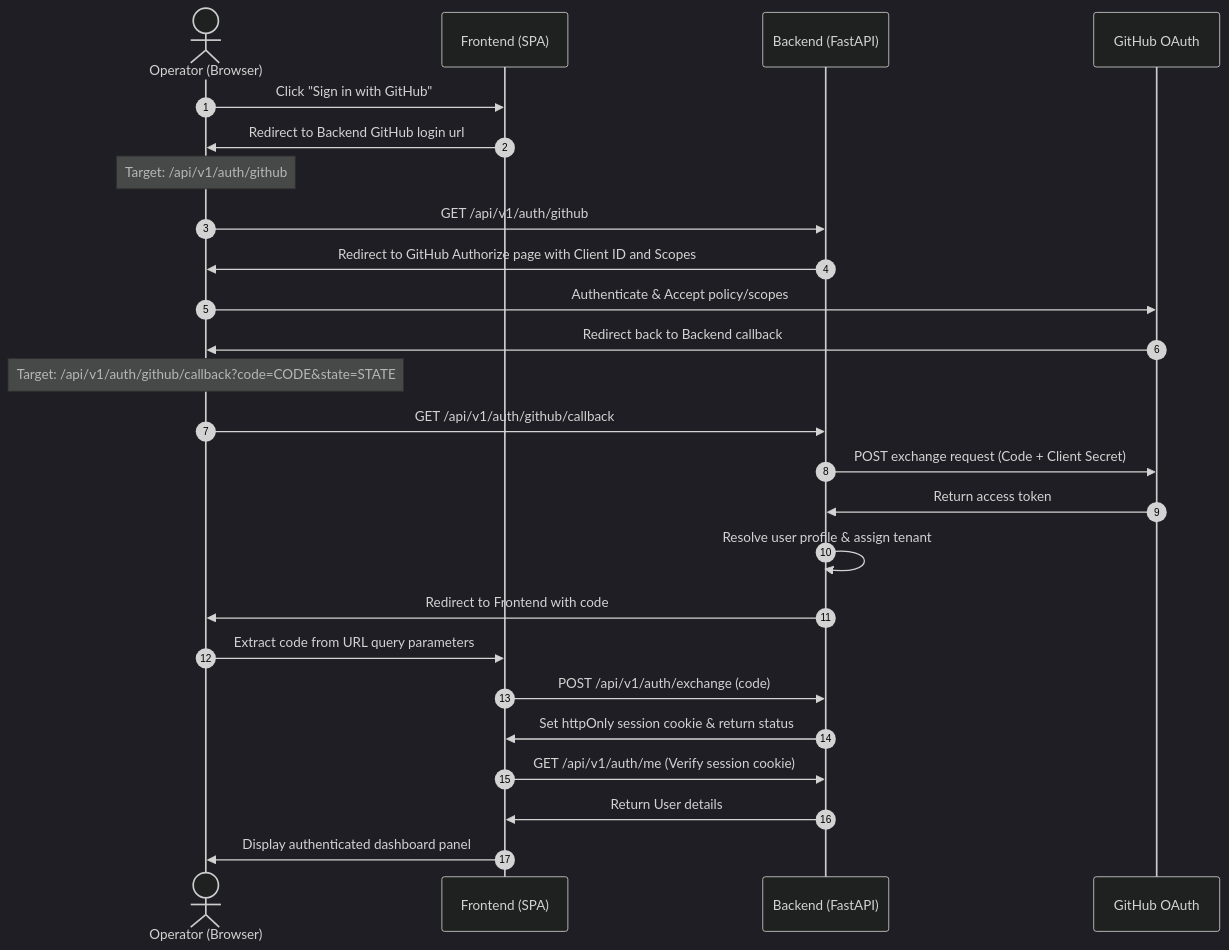
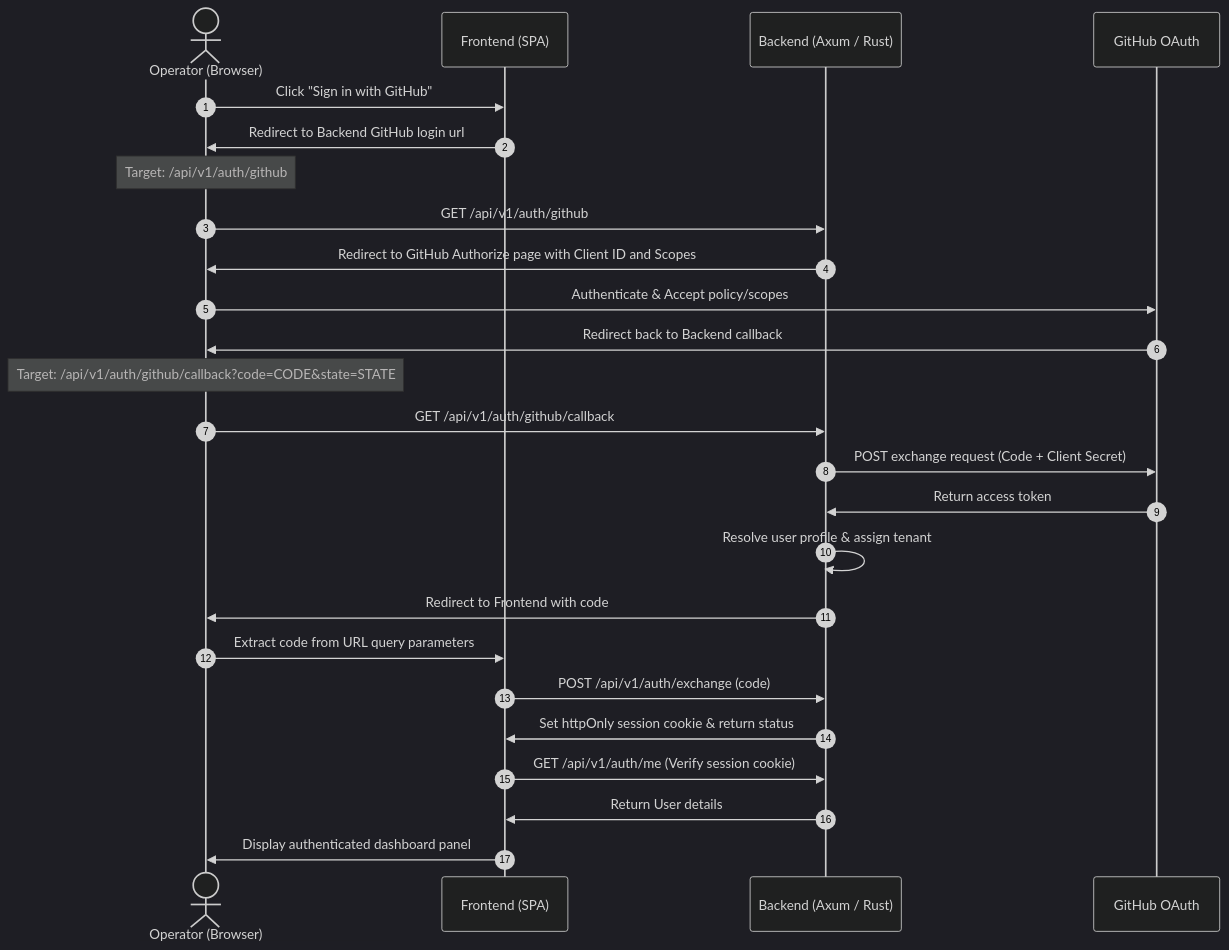
Before and after one commit to johan-droid/Fire-Crow-: the diagram in GITHUB_AUTH.md, drawn with Mermaid (dark theme). The commit also changed other lines of this file and 290 other files, not shown here.

First line of the commit message:
feat: complete Rust Axum backend migration & responsive dark dashboard refactor

````diff
--- a/GITHUB_AUTH.md
+++ b/GITHUB_AUTH.md
@@ -49,28 +49,28 @@
 ```mermaid
 sequenceDiagram
     autonumber
     actor User as Operator (Browser)
     participant Front as Frontend (SPA)
-    participant Back as Backend (FastAPI)
+    participant Back as Backend (Axum / Rust)
     participant GH as GitHub OAuth
 
     User->>Front: Click "Sign in with GitHub"
     Front->>User: Redirect to Backend GitHub login url
     Note over User: Target: /api/v1/auth/github
     User->>Back: GET /api/v1/auth/github
     Back->>User: Redirect to GitHub Authorize page with Client ID and Scopes
     User->>GH: Authenticate & Accept policy/scopes
     GH->>User: Redirect back to Backend callback
     Note over User: Target: /api/v1/auth/github/callback?code=CODE&state=STATE
     User->>Back: GET /api/v1/auth/github/callback
     Back->>GH: POST exchange request (Code + Client Secret)
     GH->>Back: Return access token
     Back->>Back: Resolve user profile & assign tenant
     Back->>User: Redirect to Frontend with code
     User->>Front: Extract code from URL query parameters
     Front->>Back: POST /api/v1/auth/exchange (code)
     Back->>Front: Set httpOnly session cookie & return status
     Front->>Back: GET /api/v1/auth/me (Verify session cookie)
     Back->>Front: Return User details
     Front->>User: Display authenticated dashboard panel
 ```
````
